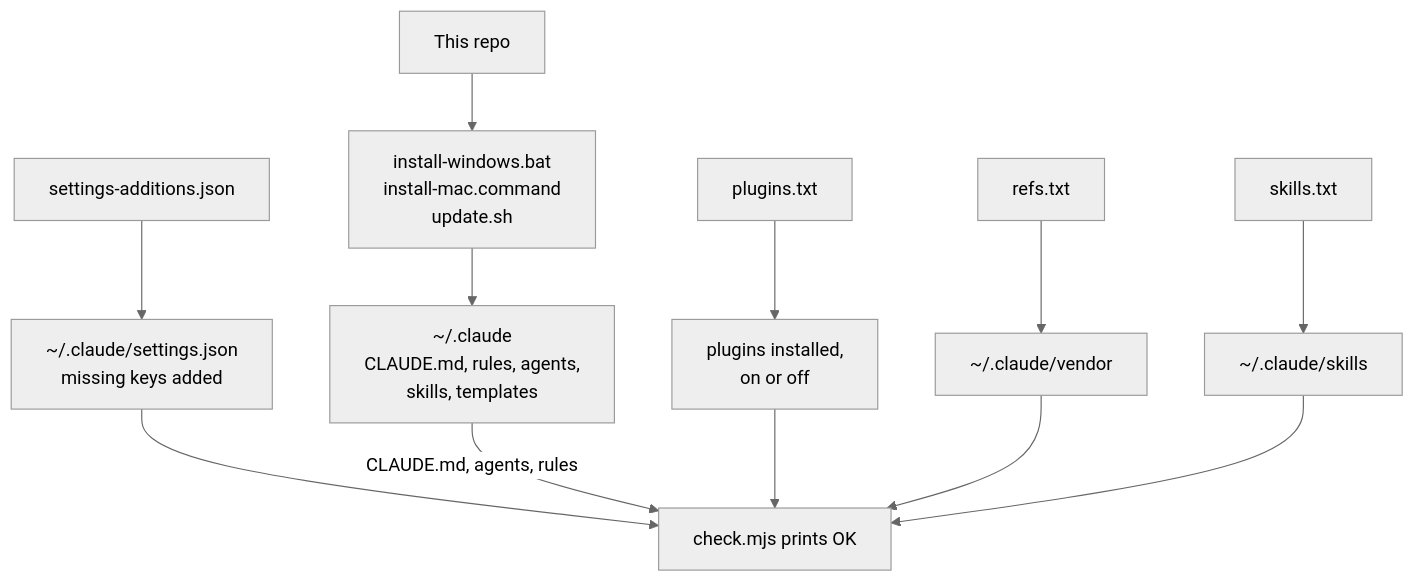
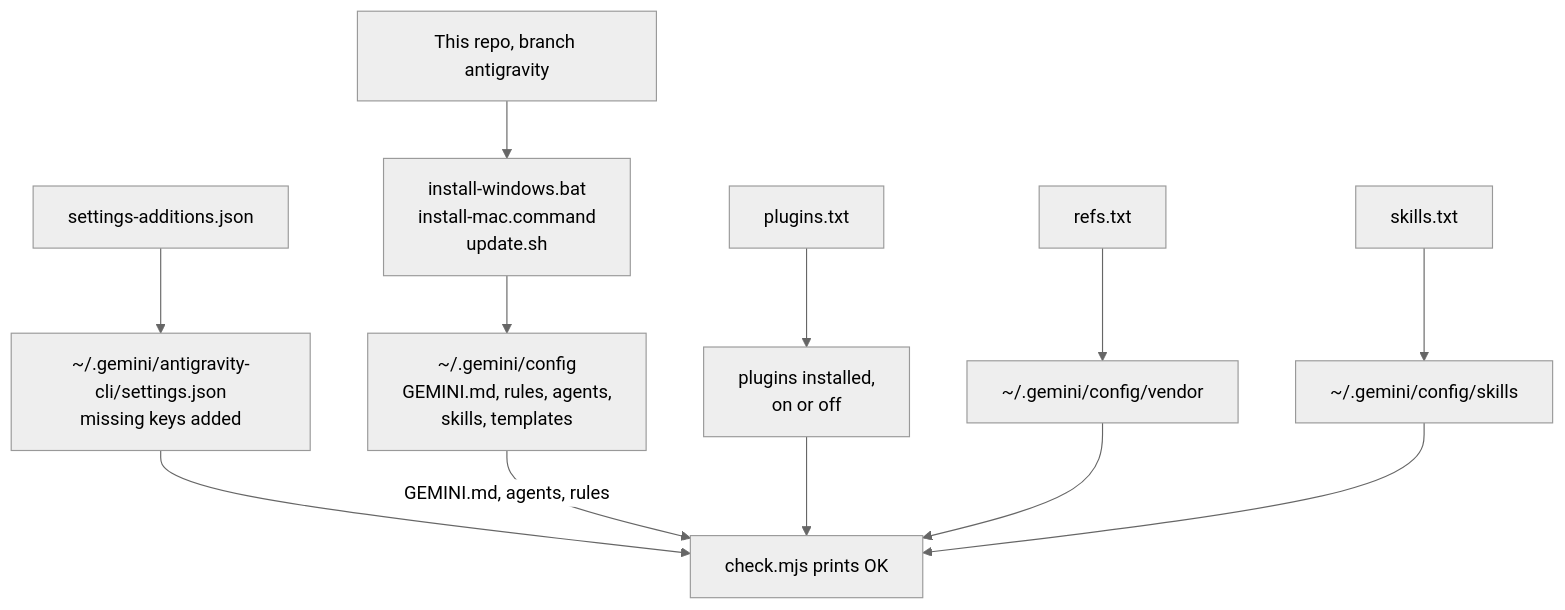
One commit to LeongJinZhou/ai-company changed the third of 3 diagrams in README.md. Above: the diagram before and after it, drawn with Mermaid (neutral theme). The commit also changed other lines of this file and 54 other files, not shown here.

First line of the commit message:
feat: the company for Google Antigravity, on its own branch

````diff
--- a/README.md
+++ b/README.md
@@ -107,14 +119,14 @@
 ```mermaid
 flowchart TD
-    R["This repo"] --> I["install-windows.bat<br>install-mac.command<br>update.sh"]
-    I --> H["~/.claude<br>CLAUDE.md, rules, agents,<br>skills, templates"]
+    R["This repo, branch antigravity"] --> I["install-windows.bat<br>install-mac.command<br>update.sh"]
+    I --> H["~/.gemini/config<br>GEMINI.md, rules, agents,<br>skills, templates"]
     P["plugins.txt"] --> PI["plugins installed,<br>on or off"]
-    X["refs.txt"] --> V["~/.claude/vendor"]
-    S["skills.txt"] --> K["~/.claude/skills"]
-    A["settings-additions.json"] --> T["~/.claude/settings.json<br>missing keys added"]
+    X["refs.txt"] --> V["~/.gemini/config/vendor"]
+    S["skills.txt"] --> K["~/.gemini/config/skills"]
+    A["settings-additions.json"] --> T["~/.gemini/antigravity-cli/settings.json<br>missing keys added"]
     T --> C
-    H -- "CLAUDE.md, agents, rules" --> C["check.mjs prints OK"]
+    H -- "GEMINI.md, agents, rules" --> C["check.mjs prints OK"]
     PI --> C
     V --> C
     K --> C
 ```
````
